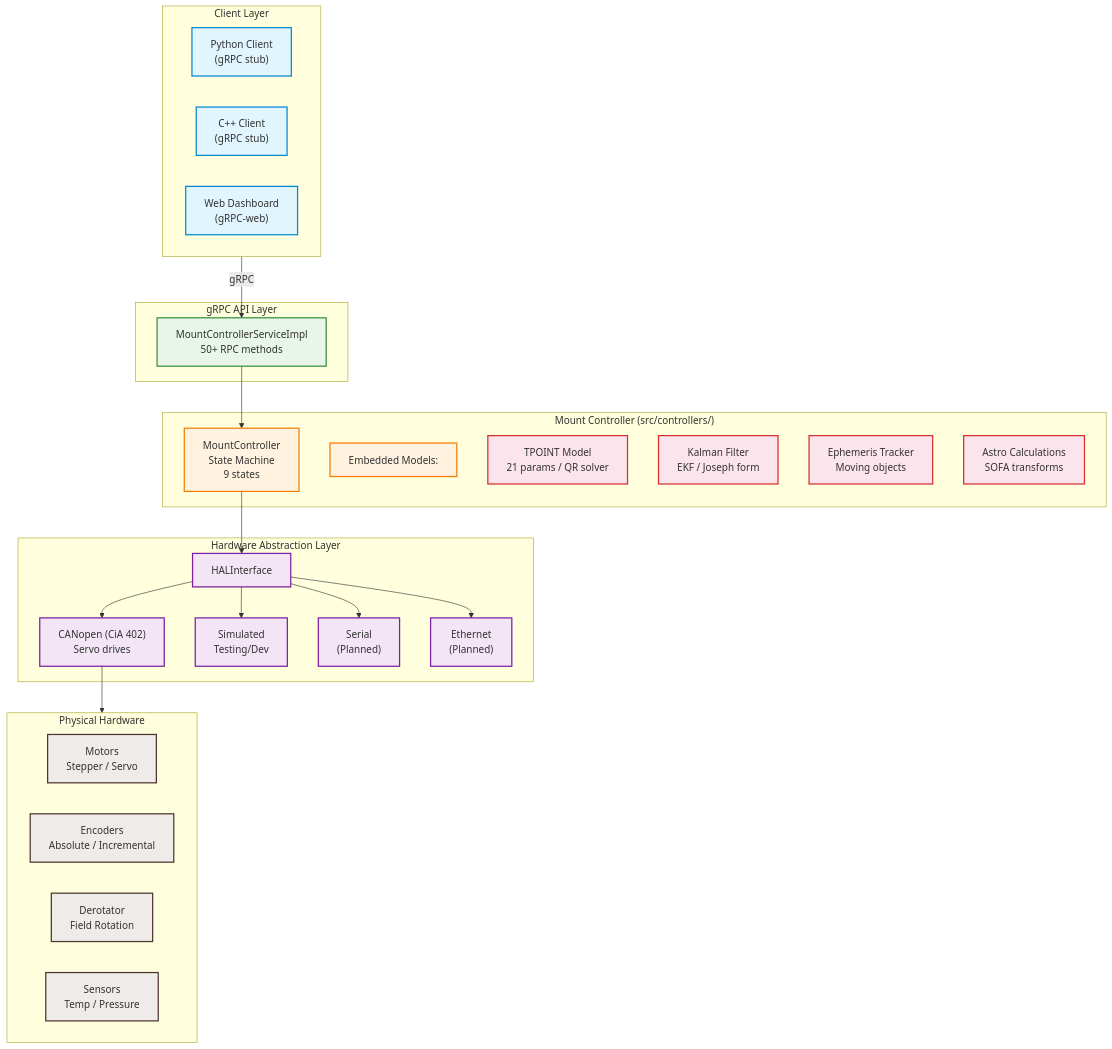
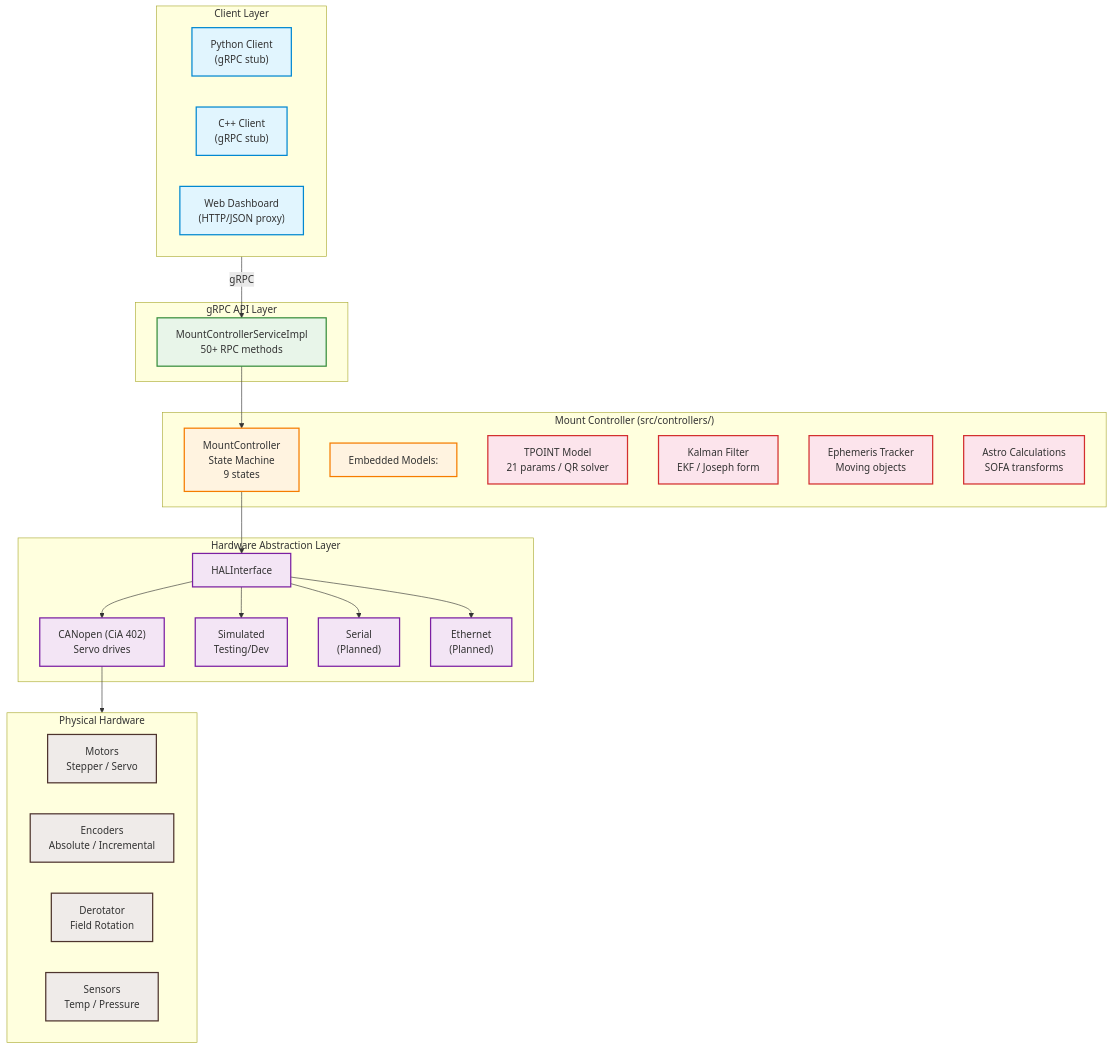
The diagram in README.md (pielaszkiewicz-jacek/astro_mount_control), drawn with Mermaid before and after one commit. The commit also changed other lines of this file and 32 other files, not shown here.

````diff
--- a/README.md
+++ b/README.md
@@ -123,60 +124,60 @@
 ```mermaid
 flowchart TB
     %% Styles
     classDef client fill:#e1f5fe,stroke:#0288d1,stroke-width:2px
     classDef api fill:#e8f5e9,stroke:#388e3c,stroke-width:2px
     classDef core fill:#fff3e0,stroke:#f57c00,stroke-width:2px
     classDef model fill:#fce4ec,stroke:#d32f2f,stroke-width:2px
     classDef hal fill:#f3e5f5,stroke:#7b1fa2,stroke-width:2px
     classDef hw fill:#efebe9,stroke:#4e342e,stroke-width:2px
 
     subgraph CLIENTS["Client Layer"]
         PY["Python Client<br/>(gRPC stub)"]
         CPP["C++ Client<br/>(gRPC stub)"]
-        WEB["Web Dashboard<br/>(gRPC-web)"]
+        WEB["Web Dashboard<br/>(HTTP/JSON proxy)"]
     end
 
     subgraph API["gRPC API Layer"]
         GRPC["MountControllerServiceImpl<br/>50+ RPC methods"]
     end
 
     subgraph CORE["Mount Controller (src/controllers/)"]
         MC["MountController<br/>State Machine<br/>9 states"]
         MODELS["Embedded Models:"]
         TPOINT["TPOINT Model<br/>21 params / QR solver"]
         KF["Kalman Filter<br/>EKF / Joseph form"]
         EPHEM["Ephemeris Tracker<br/>Moving objects"]
         ASTRO["Astro Calculations<br/>SOFA transforms"]
     end
 
     subgraph HAL["Hardware Abstraction Layer"]
         HAL_IF["HALInterface"]
         CAN_IMPL["CANopen (CiA 402)<br/>Servo drives"]
         SIM_IMPL["Simulated<br/>Testing/Dev"]
         SERIAL_IMPL["Serial<br/>(Planned)"]
         ETH_IMPL["Ethernet<br/>(Planned)"]
     end
 
     subgraph HW["Physical Hardware"]
         MOT["Motors<br/>Stepper / Servo"]
         ENC["Encoders<br/>Absolute / Incremental"]
         DEROT["Derotator<br/>Field Rotation"]
         SENS["Sensors<br/>Temp / Pressure"]
     end
 
     CLIENTS -->|gRPC| GRPC
     GRPC --> MC
     MC --> HAL_IF
     HAL_IF --> CAN_IMPL
     HAL_IF --> SIM_IMPL
     HAL_IF --> SERIAL_IMPL
     HAL_IF --> ETH_IMPL
     CAN_IMPL --> HW
 
     class PY,CPP,WEB client
     class GRPC api
     class MC,MODELS core
     class TPOINT,KF,EPHEM,ASTRO model
     class HAL_IF,CAN_IMPL,SIM_IMPL,SERIAL_IMPL,ETH_IMPL hal
     class MOT,ENC,DEROT,SENS hw
 ```
````
